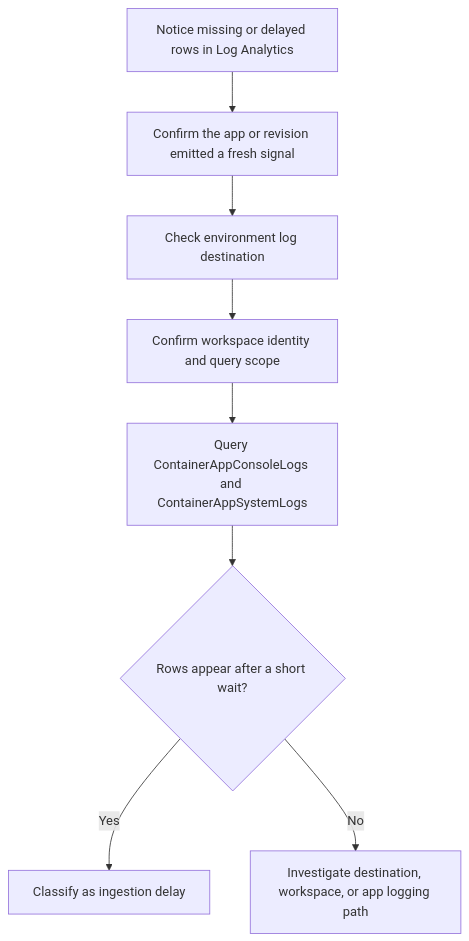
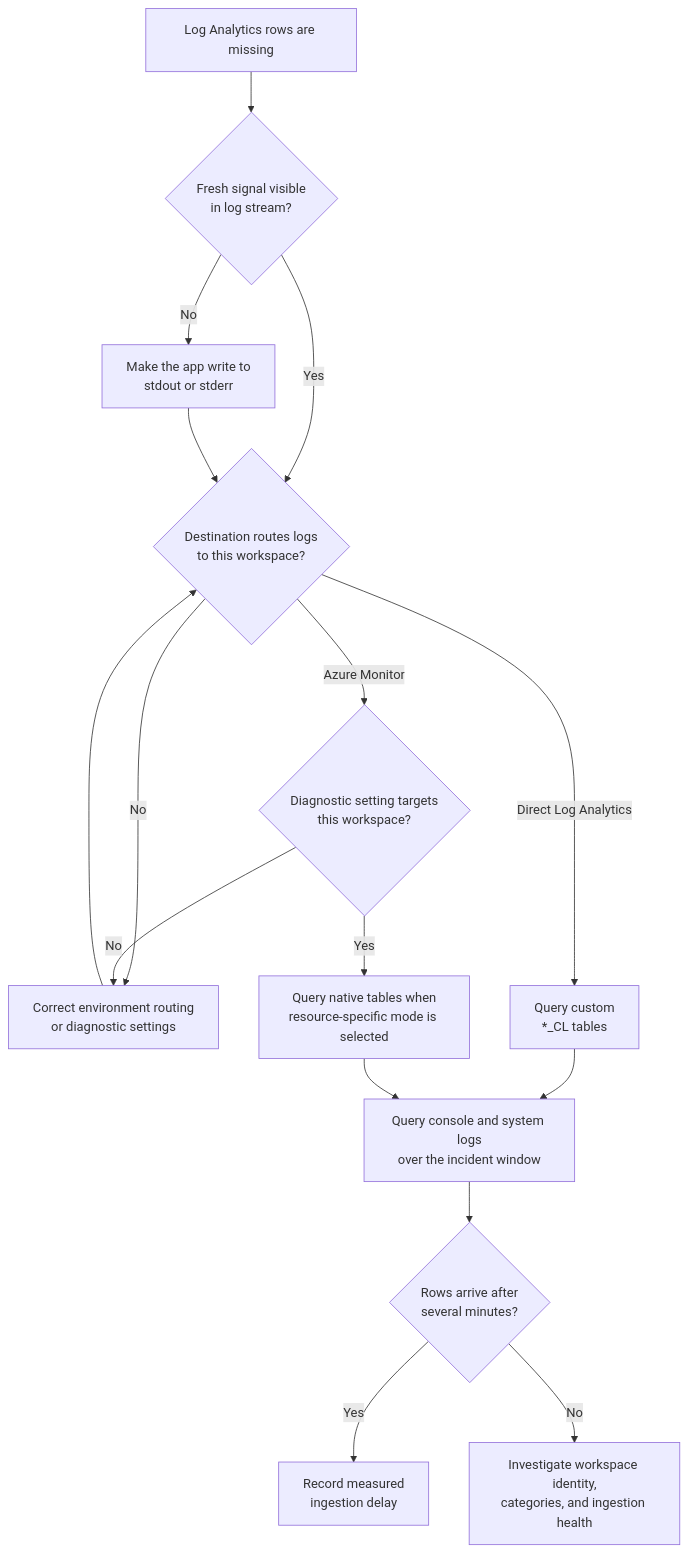
The diagram in docs/troubleshooting/playbooks/observability/log-analytics-ingestion-gap.md (yeongseon/azure-container-apps-practical-guide), drawn with Mermaid before and after one commit. The commit also changed other lines of this file and 28 other files, not shown here.

Commit message:
docs(diagrams): migrate playbook diagnostic flows (#627)

````diff
--- a/docs/troubleshooting/playbooks/observability/log-analytics-ingestion-gap.md
+++ b/docs/troubleshooting/playbooks/observability/log-analytics-ingestion-gap.md
@@ -48,10 +51,21 @@
 ```mermaid
 flowchart TD
-    A[Notice missing or delayed rows in Log Analytics] --> B[Confirm the app or revision emitted a fresh signal]
-    B --> C[Check environment log destination]
-    C --> D[Confirm workspace identity and query scope]
-    D --> E[Query ContainerAppConsoleLogs and ContainerAppSystemLogs]
-    E --> F{Rows appear after a short wait?}
-    F -->|Yes| G[Classify as ingestion delay]
-    F -->|No| H[Investigate destination, workspace, or app logging path]
+    accTitle: Separate ingestion delay from missing log routing
+    accDescr: Confirm a fresh source signal, the configured destination, workspace and table schema, then wait for the documented ingestion delay before escalating.
+
+    START[Log Analytics rows are missing] --> SOURCE{Fresh signal visible<br/>in log stream?}
+    SOURCE -->|No| EMIT[Make the app write to<br/>stdout or stderr]
+    SOURCE -->|Yes| DEST{Destination routes logs<br/>to this workspace?}
+    EMIT --> DEST
+    DEST -->|No| ROUTE[Correct environment routing<br/>or diagnostic settings]
+    DEST -->|Direct Log Analytics| CUSTOM[Query custom<br/>*_CL tables]
+    DEST -->|Azure Monitor| SETTINGS{Diagnostic setting targets<br/>this workspace?}
+    SETTINGS -->|No| ROUTE
+    SETTINGS -->|Yes| NATIVE[Query native tables when<br/>resource-specific mode is selected]
+    ROUTE --> DEST
+    CUSTOM --> QUERY[Query console and system logs<br/>over the incident window]
+    NATIVE --> QUERY
+    QUERY --> ARRIVE{Rows arrive after<br/>several minutes?}
+    ARRIVE -->|Yes| DELAY[Record measured<br/>ingestion delay]
+    ARRIVE -->|No| ESCALATE[Investigate workspace identity,<br/>categories, and ingestion health]
 ```
````
